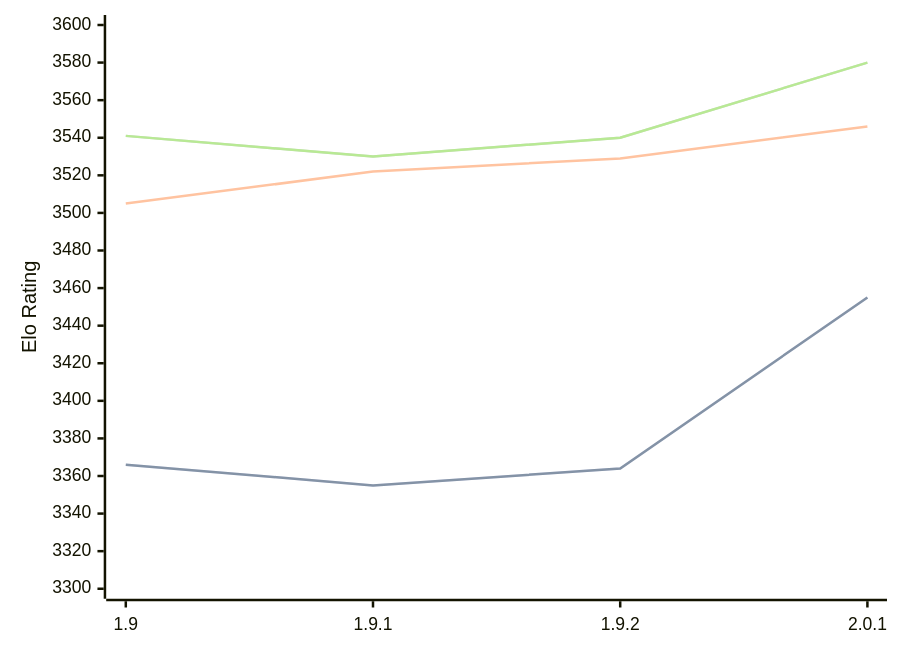
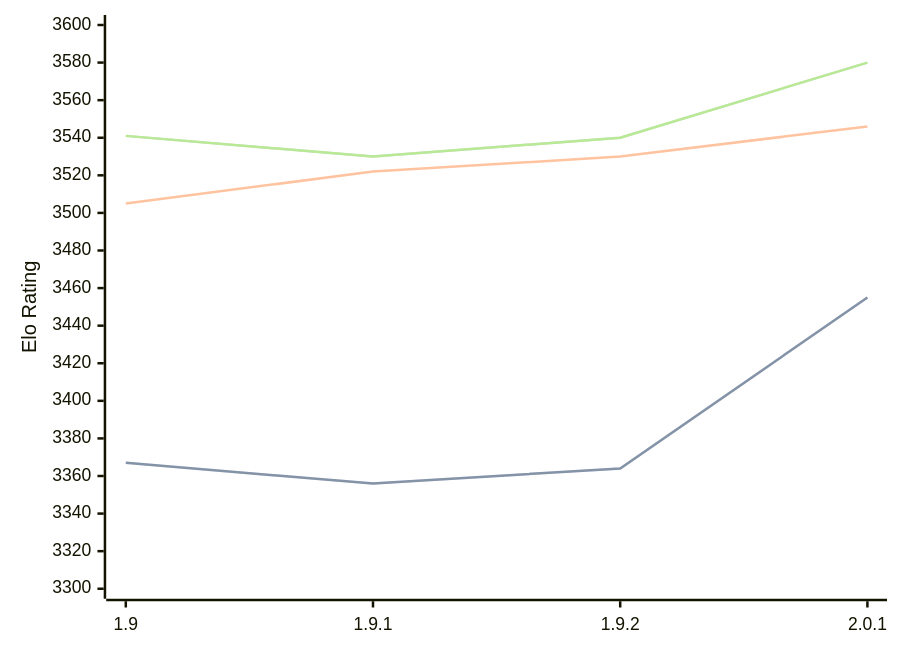
The diagram in engines/Pawnocchio.md (computer-chess-index/cci), drawn with Mermaid before and after one commit. The commit also changed other lines of this file, not shown here.

````diff
--- a/engines/Pawnocchio.md
+++ b/engines/Pawnocchio.md
@@ -36,11 +36,11 @@
 ```mermaid
 %%{init: {"theme":"base","themeVariables":{"seriesColors:['#a3a3a3','#222221','#faa371']}}}%%
 xychart-beta
   x-axis ["1.9", "1.9.1", "1.9.2", "2.0.1"]
   y-axis "Elo Rating" 3300 --> 3600
-  line "STC (8.0+0.08s)" [3366, 3355, 3364, 3455]
-  line "STC (8.0+0.08s)" [3366, 3355, 3364, 3455]
-  line "LTC (60.0+0.60s)" [3505, 3522, 3529, 3546]
+  line "STC (8.0+0.08s)" [3367, 3356, 3364, 3455]
+  line "STC (8.0+0.08s)" [3367, 3356, 3364, 3455]
+  line "LTC (60.0+0.60s)" [3505, 3522, 3530, 3546]
   line "VLTC (2m24s+1.12s)" [3541, 3530, 3540, 3580]
   line "VLTC (2m24s+1.12s)" [3541, 3530, 3540, 3580]
 ```
````
